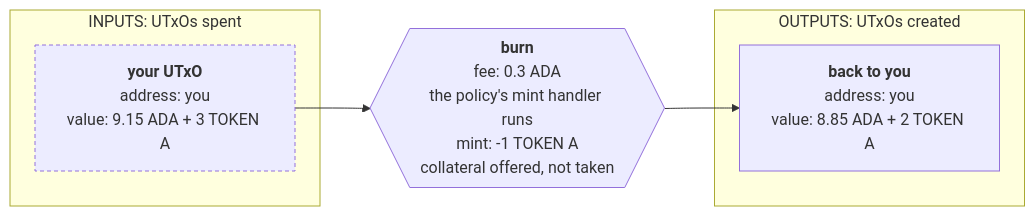
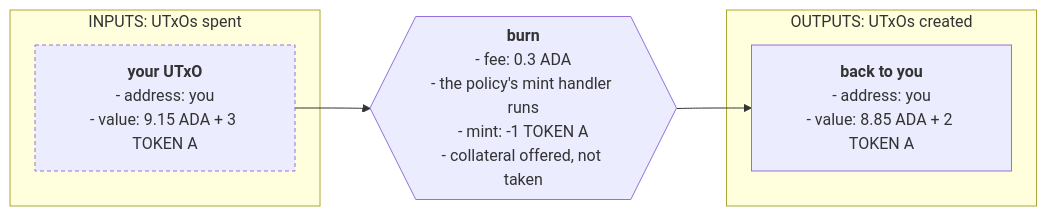
The fifth of 6 diagrams in docs/developers/onboarding/lectures/intermediate/9-frontend-integration.md (cardano-foundation/developer-portal), drawn with Mermaid before and after one commit. The commit also changed other lines of this file and 8 other files, not shown here.

````diff
--- a/docs/developers/onboarding/lectures/intermediate/9-frontend-integration.md
+++ b/docs/developers/onboarding/lectures/intermediate/9-frontend-integration.md
@@ -389,24 +389,24 @@
 ```mermaid
 flowchart LR
     subgraph IN["INPUTS: UTxOs spent"]
         I["`**your UTxO**
-        address: you
-        value: 9.15 ADA + 3 TOKEN A`"]
+        - address: you
+        - value: 9.15 ADA + 3 TOKEN A`"]
     end
 
     TX{{"`**burn**
-    fee: 0.3 ADA
-    the policy's mint handler runs
-    mint: -1 TOKEN A
-    collateral offered, not taken`"}}
+    - fee: 0.3 ADA
+    - the policy's mint handler runs
+    - mint: -1 TOKEN A
+    - collateral offered, not taken`"}}
 
     subgraph OUT["OUTPUTS: UTxOs created"]
         O["`**back to you**
-        address: you
-        value: 8.85 ADA + 2 TOKEN A`"]
+        - address: you
+        - value: 8.85 ADA + 2 TOKEN A`"]
     end
 
     I --> TX --> O
 
     style I stroke-dasharray:4 3
 ```
````
